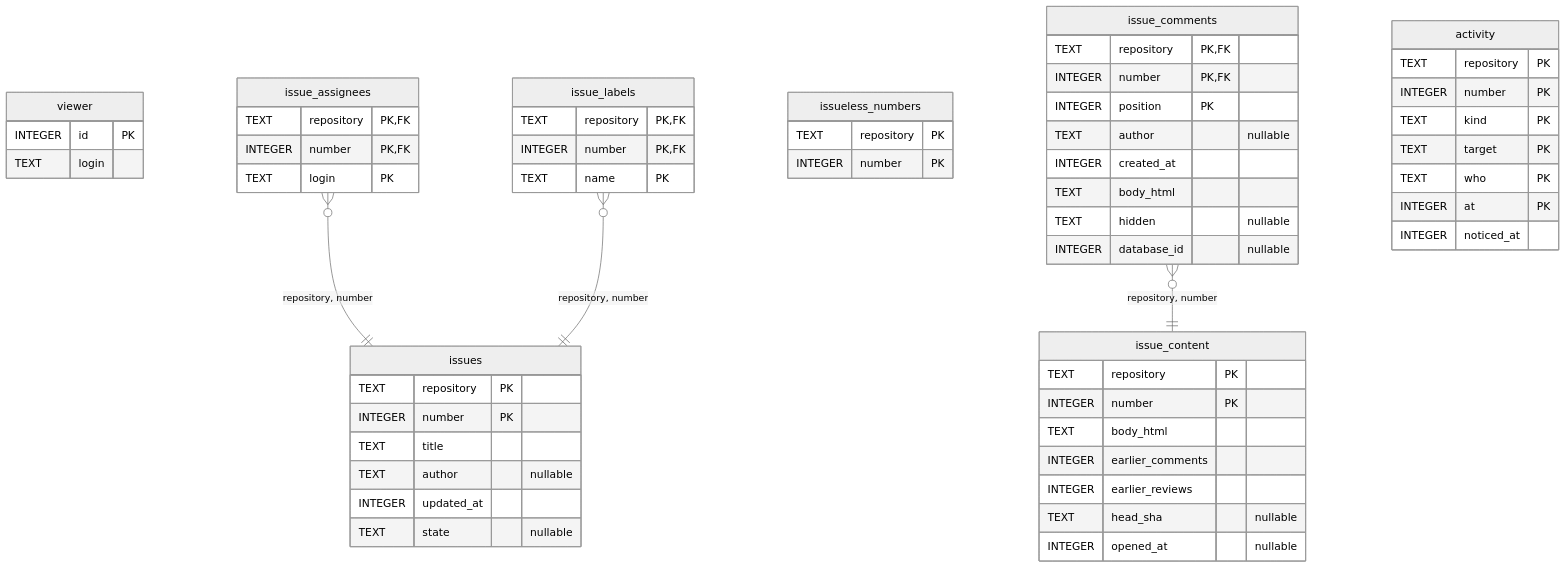
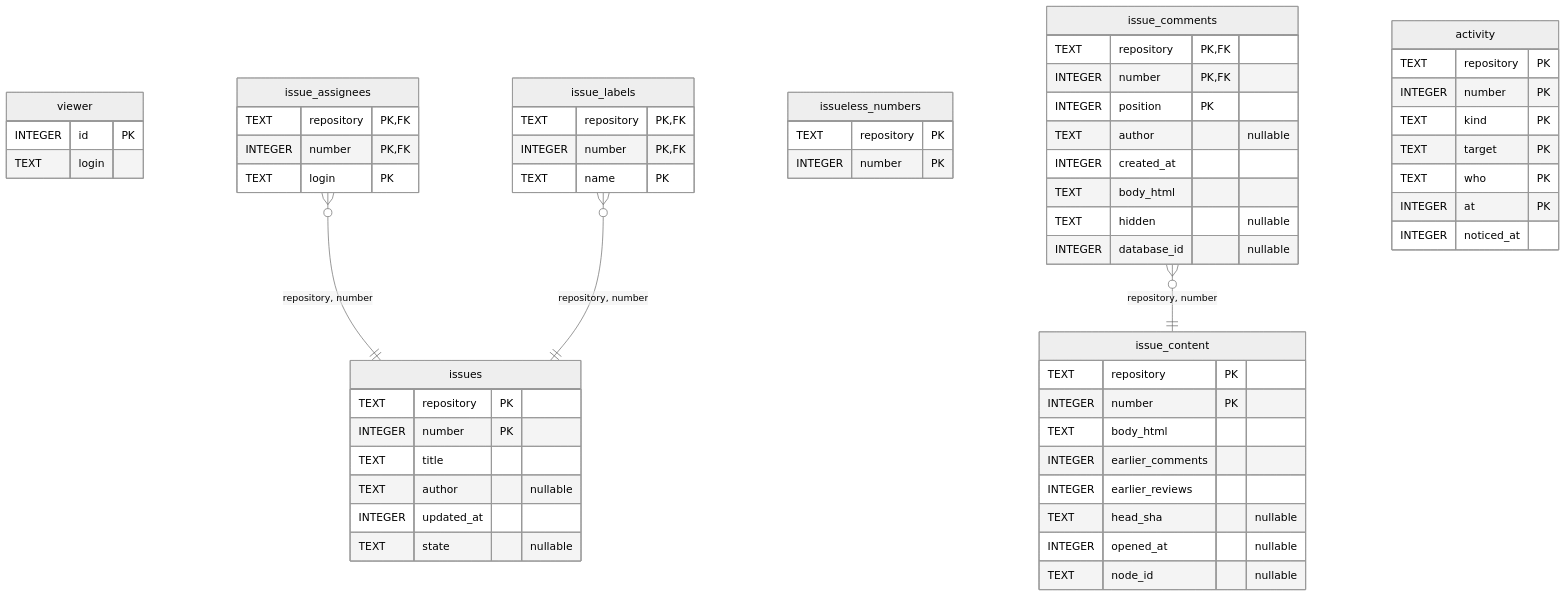
Before and after one commit to tsugiki/tsugiki: the second of 4 diagrams in docs/schema.md, drawn with Mermaid (neutral theme). The commit also changed 52 other files, not shown here.

````diff
--- a/docs/schema.md
+++ b/docs/schema.md
@@ -187,60 +187,61 @@
 ```mermaid
 erDiagram
     viewer {
         INTEGER id PK
         TEXT login
     }
     issues {
         TEXT repository PK
         INTEGER number PK
         TEXT title
         TEXT author "nullable"
         INTEGER updated_at
         TEXT state "nullable"
     }
     issue_assignees {
         TEXT repository PK, FK
         INTEGER number PK, FK
         TEXT login PK
     }
     issue_labels {
         TEXT repository PK, FK
         INTEGER number PK, FK
         TEXT name PK
     }
     issueless_numbers {
         TEXT repository PK
         INTEGER number PK
     }
     issue_content {
         TEXT repository PK
         INTEGER number PK
         TEXT body_html
         INTEGER earlier_comments
         INTEGER earlier_reviews
         TEXT head_sha "nullable"
         INTEGER opened_at "nullable"
+        TEXT node_id "nullable"
     }
     issue_comments {
         TEXT repository PK, FK
         INTEGER number PK, FK
         INTEGER position PK
         TEXT author "nullable"
         INTEGER created_at
         TEXT body_html
         TEXT hidden "nullable"
         INTEGER database_id "nullable"
     }
     activity {
         TEXT repository PK
         INTEGER number PK
         TEXT kind PK
         TEXT target PK
         TEXT who PK
         INTEGER at PK
         INTEGER noticed_at
     }
     issue_assignees }o--|| issues : "repository, number"
     issue_labels }o--|| issues : "repository, number"
     issue_comments }o--|| issue_content : "repository, number"
 ```
````
